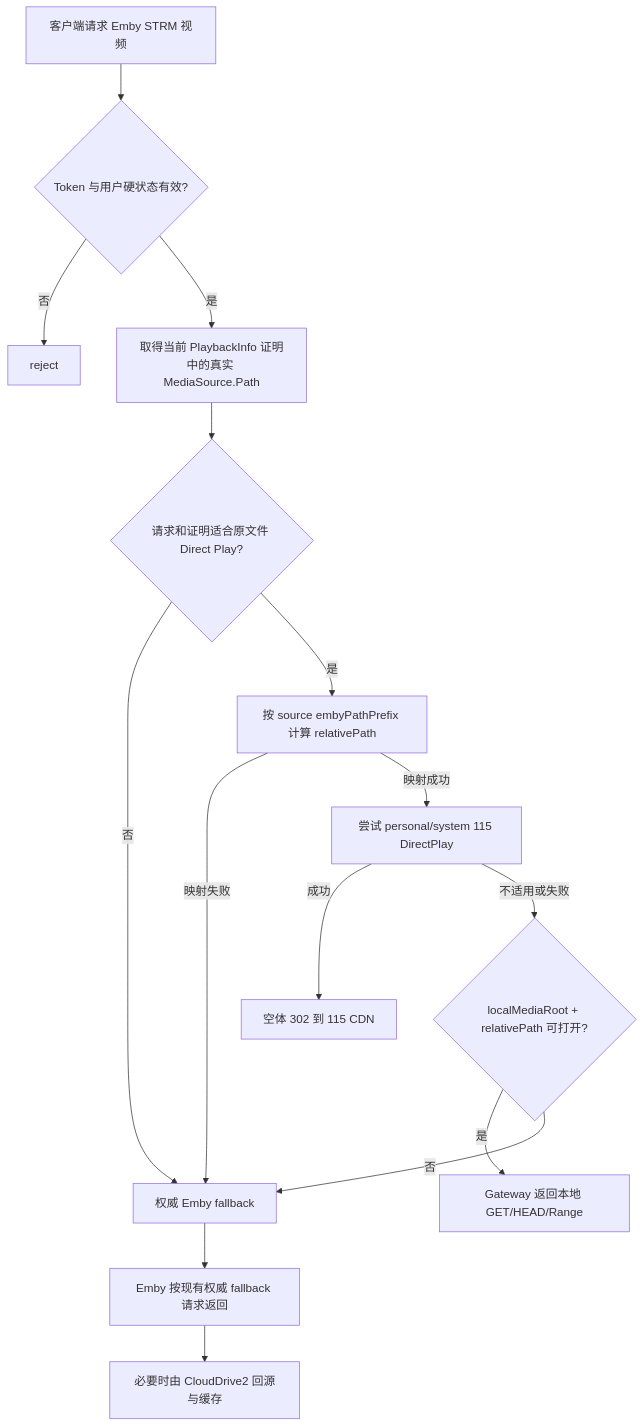
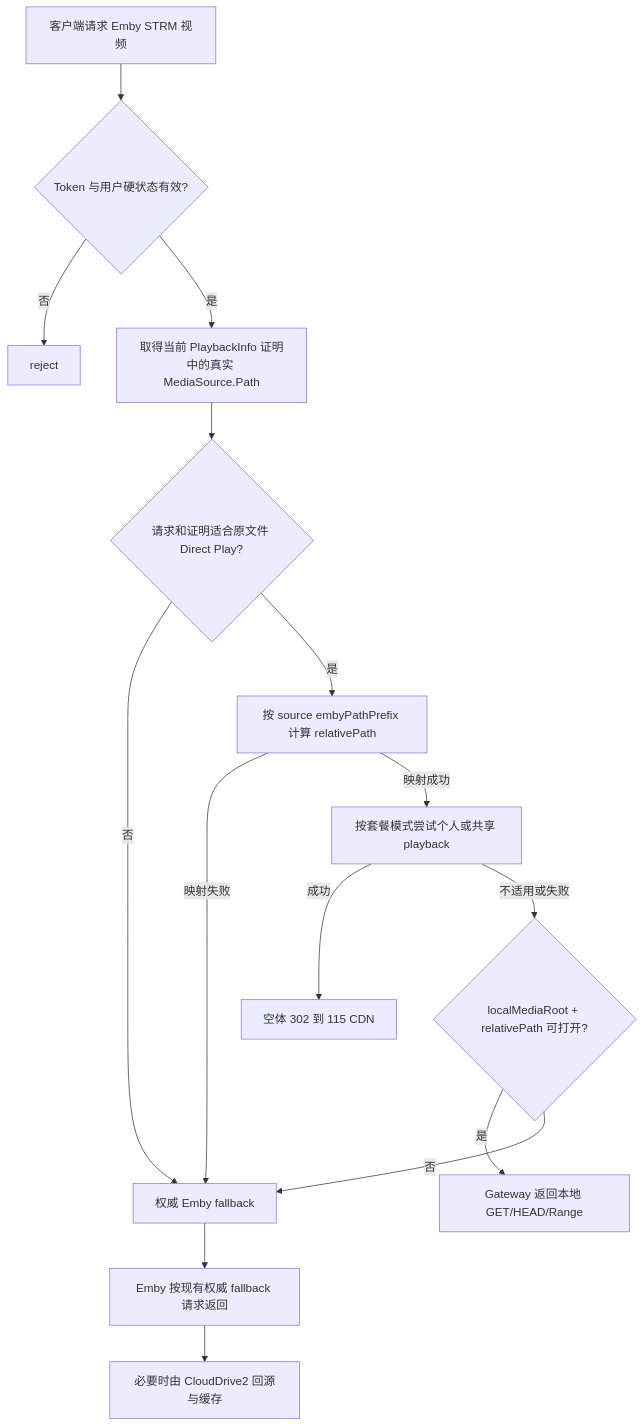
One commit to konghanghang/ember changed the diagram in docs/plan/architecture/strm-local-media-fallback.md. Above: the diagram before and after it, drawn with Mermaid. The commit also changed other lines of this file and 6 other files, not shown here.

````diff
--- a/docs/plan/architecture/strm-local-media-fallback.md
+++ b/docs/plan/architecture/strm-local-media-fallback.md
@@ -137,17 +137,17 @@
 ```mermaid
 flowchart TD
     A[客户端请求 Emby STRM 视频] --> B{Token 与用户硬状态有效?}
     B -- 否 --> R[reject]
     B -- 是 --> C[取得当前 PlaybackInfo 证明中的真实 MediaSource.Path]
     C --> D{请求和证明适合原文件 Direct Play?}
     D -- 否 --> E[权威 Emby fallback]
     D -- 是 --> M[按 source embyPathPrefix 计算 relativePath]
     M -- 映射失败 --> E
-    M -- 映射成功 --> P[尝试 personal/system 115 DirectPlay]
+    M -- 映射成功 --> P[按套餐模式尝试个人或共享 playback]
     P -- 成功 --> X[空体 302 到 115 CDN]
     P -- 不适用或失败 --> L{localMediaRoot + relativePath 可打开?}
     L -- 是 --> S[Gateway 返回本地 GET/HEAD/Range]
     L -- 否 --> E
     E --> F[Emby 按现有权威 fallback 请求返回]
     F --> G[必要时由 CloudDrive2 回源与缓存]
 ```
````
